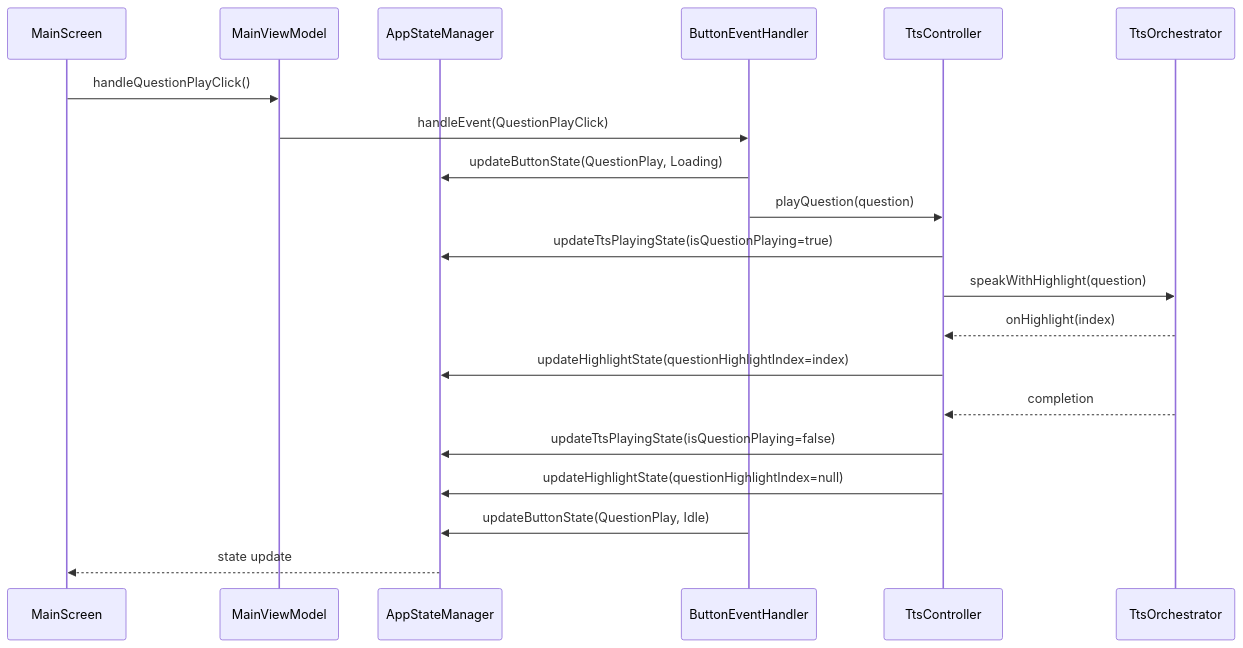
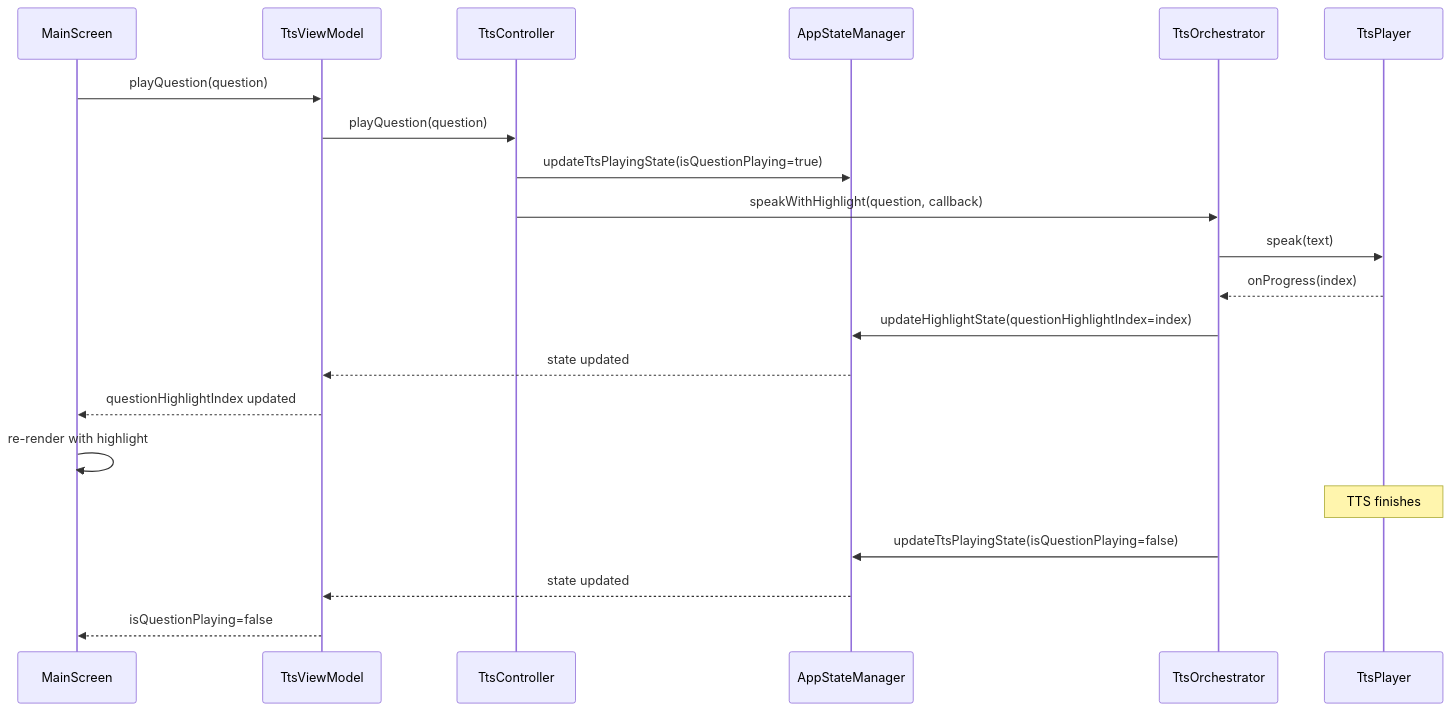
One commit to AlgoLovers/OPIcHelper changed the second of 4 diagrams in docs/ARCHITECTURE_DIAGRAMS.md. Above: the diagram before and after it, drawn with Mermaid. The commit also changed other lines of this file and 1 other file, not shown here.

First line of the commit message:
refactor: TtsViewModel이 TtsController 인터페이스를 사용하도록 수정

````diff
--- a/docs/ARCHITECTURE_DIAGRAMS.md
+++ b/docs/ARCHITECTURE_DIAGRAMS.md
@@ -65,23 +67,25 @@
 ```mermaid
 sequenceDiagram
     participant UI as MainScreen
-    participant VM as MainViewModel
+    participant VM as TtsViewModel
+    participant TC as TtsController
     participant ASM as AppStateManager
-    participant BEH as ButtonEventHandler
-    participant TC as TtsController
     participant TO as TtsOrchestrator
+    participant TTS as TtsPlayer
     
-    UI->>VM: handleQuestionPlayClick()
-    VM->>BEH: handleEvent(QuestionPlayClick)
-    BEH->>ASM: updateButtonState(QuestionPlay, Loading)
-    BEH->>TC: playQuestion(question)
+    UI->>VM: playQuestion(question)
+    VM->>TC: playQuestion(question)
     TC->>ASM: updateTtsPlayingState(isQuestionPlaying=true)
-    TC->>TO: speakWithHighlight(question)
-    TO-->>TC: onHighlight(index)
-    TC->>ASM: updateHighlightState(questionHighlightIndex=index)
-    TO-->>TC: completion
-    TC->>ASM: updateTtsPlayingState(isQuestionPlaying=false)
-    TC->>ASM: updateHighlightState(questionHighlightIndex=null)
-    BEH->>ASM: updateButtonState(QuestionPlay, Idle)
-    ASM-->>UI: state update
+    TC->>TO: speakWithHighlight(question, callback)
+    TO->>TTS: speak(text)
+    TTS-->>TO: onProgress(index)
+    TO->>ASM: updateHighlightState(questionHighlightIndex=index)
+    ASM-->>VM: state updated
+    VM-->>UI: questionHighlightIndex updated
+    UI->>UI: re-render with highlight
+    
+    Note over TTS: TTS finishes
+    TO->>ASM: updateTtsPlayingState(isQuestionPlaying=false)
+    ASM-->>VM: state updated
+    VM-->>UI: isQuestionPlaying=false
 ```
````
